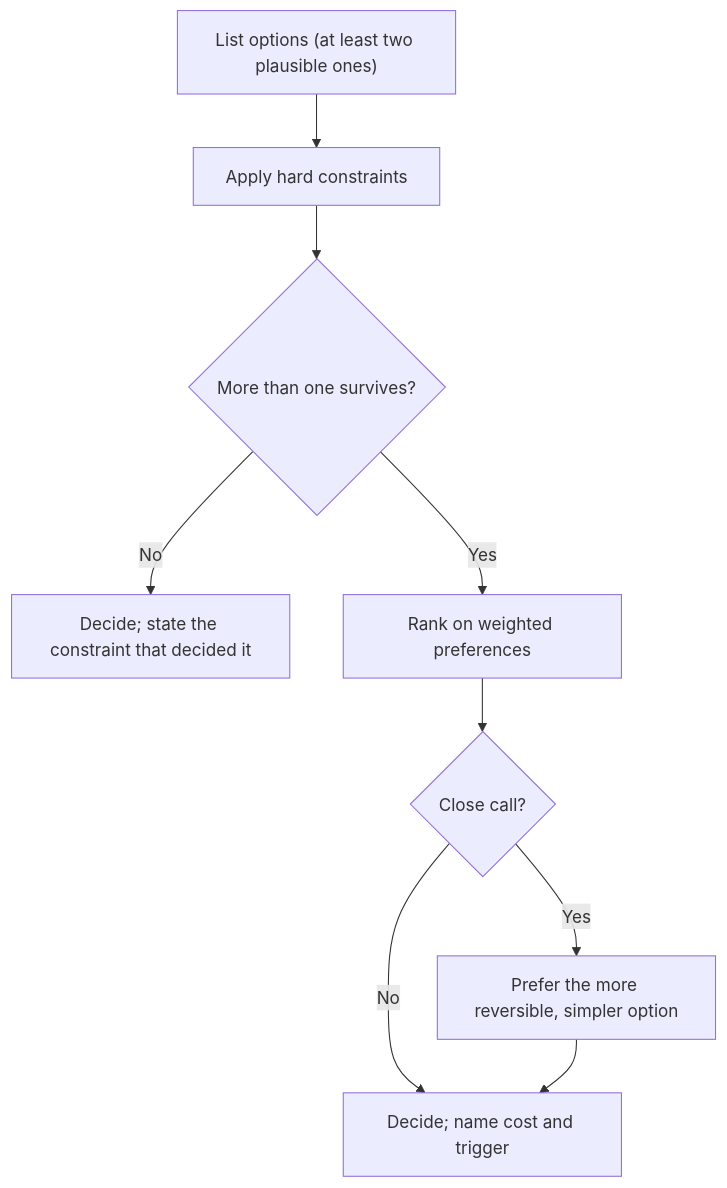
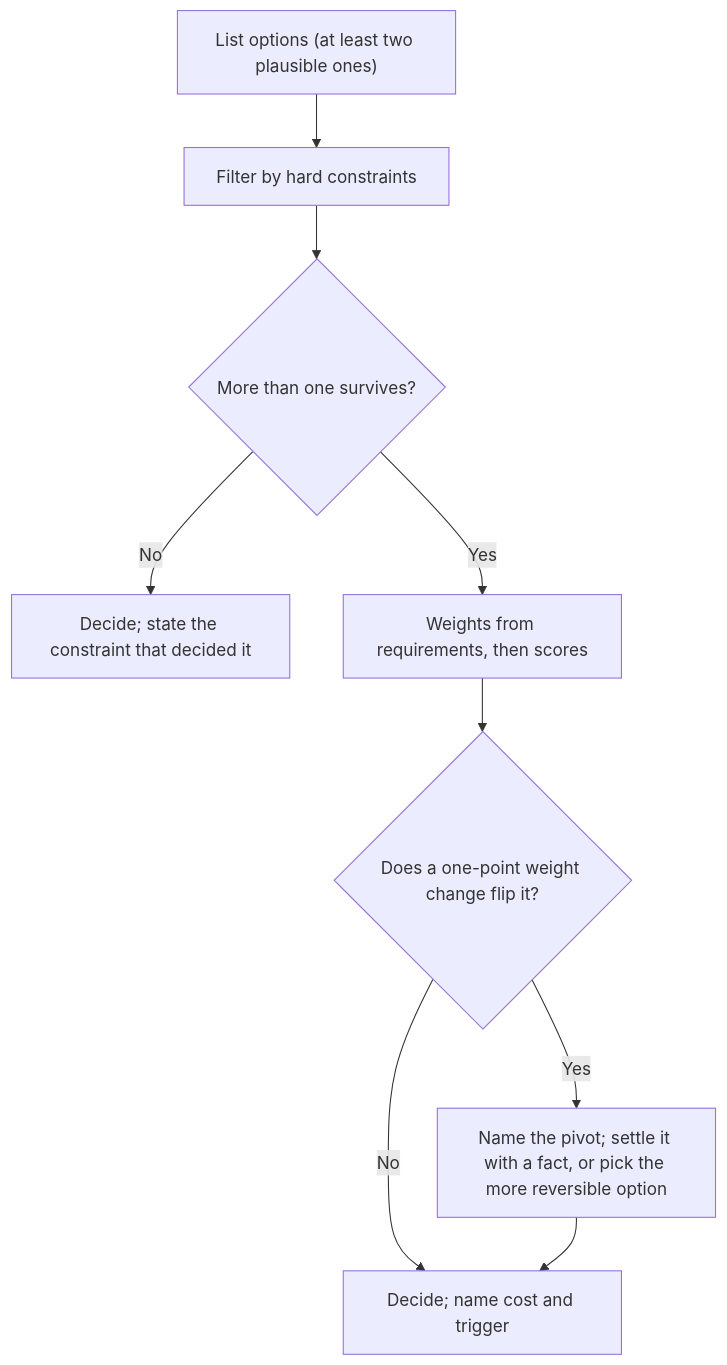
The diagram in content/tracks/09-system-design/04-senior-design-skills/01-articulating-trade-offs.md (thull32/ascend), drawn with Mermaid before and after one commit. The commit also changed other lines of this file and 12 other files, not shown here.

````diff
--- a/content/tracks/09-system-design/04-senior-design-skills/01-articulating-trade-offs.md
+++ b/content/tracks/09-system-design/04-senior-design-skills/01-articulating-trade-offs.md
@@ -128,11 +222,11 @@
 ```mermaid
 flowchart TD
-    A["List options (at least two plausible ones)"] --> B["Apply hard constraints"]
+    A["List options (at least two plausible ones)"] --> B["Filter by hard constraints"]
     B --> C{"More than one survives?"}
     C -- "No" --> D["Decide; state the constraint that decided it"]
-    C -- "Yes" --> E["Rank on weighted preferences"]
-    E --> F{"Close call?"}
+    C -- "Yes" --> E["Weights from requirements, then scores"]
+    E --> F{"Does a one-point weight change flip it?"}
     F -- "No" --> G["Decide; name cost and trigger"]
-    F -- "Yes" --> H["Prefer the more reversible, simpler option"]
+    F -- "Yes" --> H["Name the pivot; settle it with a fact, or pick the more reversible option"]
     H --> G
 ```
````
